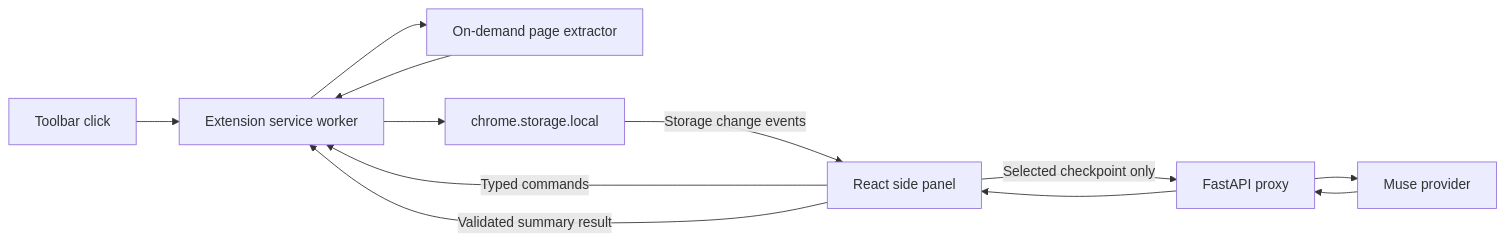
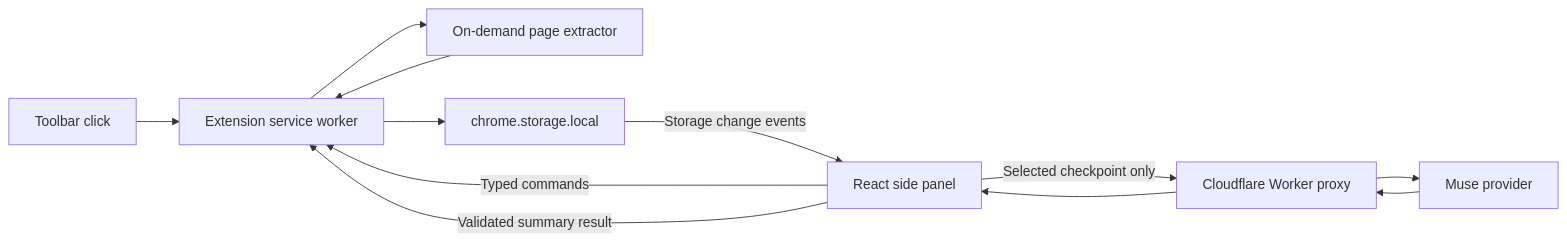
The diagram in TECHNICAL_SPEC.md (LegitAgent/meta-cv-hackathon), drawn with Mermaid before and after one commit. The commit also changed other lines of this file and 3 other files, not shown here.

````diff
--- a/TECHNICAL_SPEC.md
+++ b/TECHNICAL_SPEC.md
@@ -26,14 +26,14 @@
 ```mermaid
 flowchart LR
     U[Toolbar click] --> W[Extension service worker]
     W --> E[On-demand page extractor]
     E --> W
     W --> S[chrome.storage.local]
     P[React side panel] -->|Typed commands| W
     S -->|Storage change events| P
-    P -->|Selected checkpoint only| B[FastAPI proxy]
+    P -->|Selected checkpoint only| B[Cloudflare Worker proxy]
     B --> M[Muse provider]
     M --> B
     B --> P
     P -->|Validated summary result| W
 ```
````
